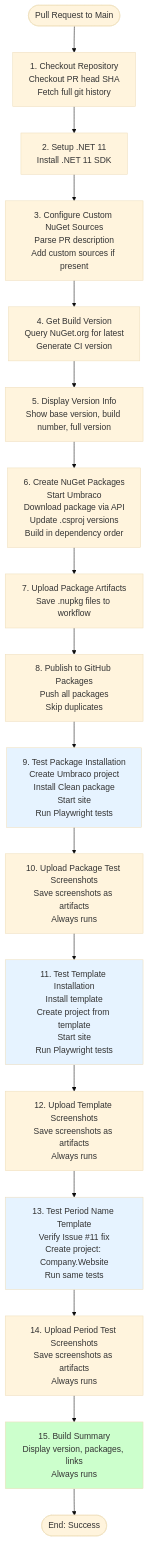
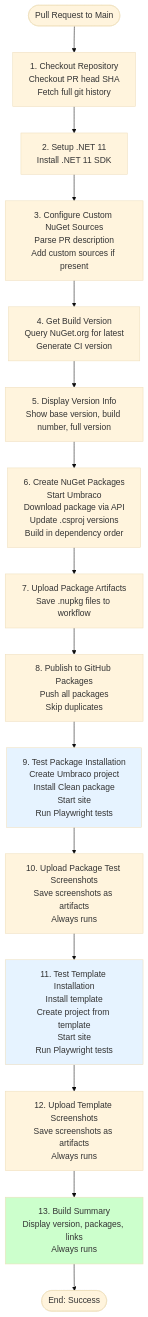
The second of 2 diagrams in .github/workflow-pr.md (prjseal/Clean), drawn with Mermaid (base theme) before and after one commit. The commit also changed other lines of this file and 3 other files, not shown here.

First line of the commit message:
Remove the template period-name test from the PR build workflow

````diff
--- a/.github/workflow-pr.md
+++ b/.github/workflow-pr.md
@@ -482,38 +474,33 @@
 ```mermaid
 flowchart TD
     Start([Pull Request to Main]) --> Checkout[1. Checkout Repository<br/>Checkout PR head SHA<br/>Fetch full git history]
     Checkout --> DotNet[2. Setup .NET 11<br/>Install .NET 11 SDK]
     
     DotNet --> CustomSources[3. Configure Custom NuGet Sources<br/>Parse PR description<br/>Add custom sources if present]
     
     CustomSources --> GetVersion[4. Get Build Version<br/>Query NuGet.org for latest<br/>Generate CI version]
     
     GetVersion --> ShowVersion[5. Display Version Info<br/>Show base version, build number, full version]
     
     ShowVersion --> CreatePackages[6. Create NuGet Packages<br/>Start Umbraco<br/>Download package via API<br/>Update .csproj versions<br/>Build in dependency order]
     
     CreatePackages --> UploadArtifacts[7. Upload Package Artifacts<br/>Save .nupkg files to workflow]
     
     UploadArtifacts --> PublishGH[8. Publish to GitHub Packages<br/>Push all packages<br/>Skip duplicates]
     
     PublishGH --> TestPackage[9. Test Package Installation<br/>Create Umbraco project<br/>Install Clean package<br/>Start site<br/>Run Playwright tests]
     
     TestPackage --> UploadPkgScreenshots[10. Upload Package Test Screenshots<br/>Save screenshots as artifacts<br/>Always runs]
     
     UploadPkgScreenshots --> TestTemplate[11. Test Template Installation<br/>Install template<br/>Create project from template<br/>Start site<br/>Run Playwright tests]
     
     TestTemplate --> UploadTplScreenshots[12. Upload Template Screenshots<br/>Save screenshots as artifacts<br/>Always runs]
     
-    UploadTplScreenshots --> TestPeriod[13. Test Period Name Template<br/>Verify Issue #11 fix<br/>Create project: Company.Website<br/>Run same tests]
-    
-    TestPeriod --> UploadPeriodScreenshots[14. Upload Period Test Screenshots<br/>Save screenshots as artifacts<br/>Always runs]
-    
-    UploadPeriodScreenshots --> Summary[15. Build Summary<br/>Display version, packages, links<br/>Always runs]
+    UploadTplScreenshots --> Summary[13. Build Summary<br/>Display version, packages, links<br/>Always runs]
     
     Summary --> End([End: Success])
     
     style TestPackage fill:#e6f3ff
     style TestTemplate fill:#e6f3ff
-    style TestPeriod fill:#e6f3ff
     style Summary fill:#ccffcc
 ```
````
